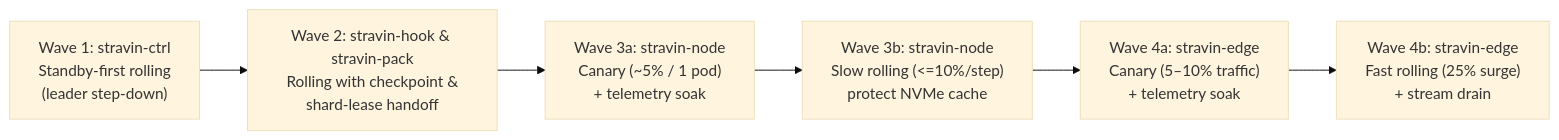
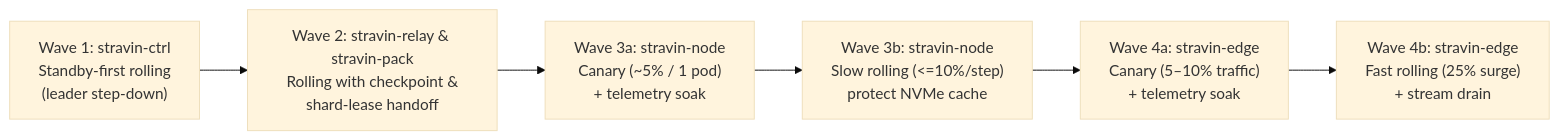
Before and after one commit to stravin-dev/architecture: the first of 2 diagrams in docs/operations/deployment.md, drawn with Mermaid (base theme). The commit also changed other lines of this file and 12 other files, not shown here.

Commit message:
docs: align operations, core, and ADR docs with stravin-relay and vNext platform services

````diff
--- a/docs/operations/deployment.md
+++ b/docs/operations/deployment.md
@@ -35,11 +37,11 @@
 ```mermaid
 flowchart LR
     W1["Wave 1: stravin-ctrl\nStandby-first rolling\n(leader step-down)"]
-    W2["Wave 2: stravin-hook & stravin-pack\nRolling with checkpoint &\nshard-lease handoff"]
+    W2["Wave 2: stravin-relay & stravin-pack\nRolling with checkpoint &\nshard-lease handoff"]
     W3a["Wave 3a: stravin-node\nCanary (~5% / 1 pod)\n+ telemetry soak"]
     W3b["Wave 3b: stravin-node\nSlow rolling (<=10%/step)\nprotect NVMe cache"]
     W4a["Wave 4a: stravin-edge\nCanary (5–10% traffic)\n+ telemetry soak"]
     W4b["Wave 4b: stravin-edge\nFast rolling (25% surge)\n+ stream drain"]
 
     W1 --> W2 --> W3a --> W3b --> W4a --> W4b
 ```
````
